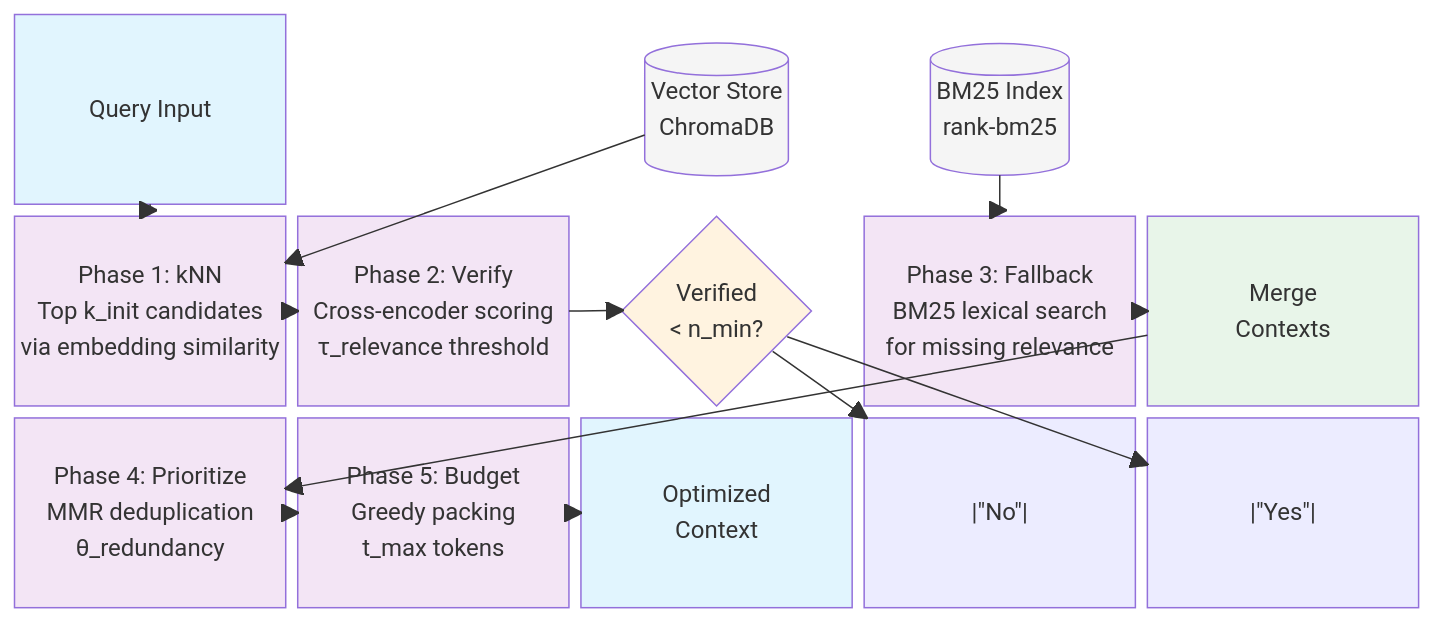
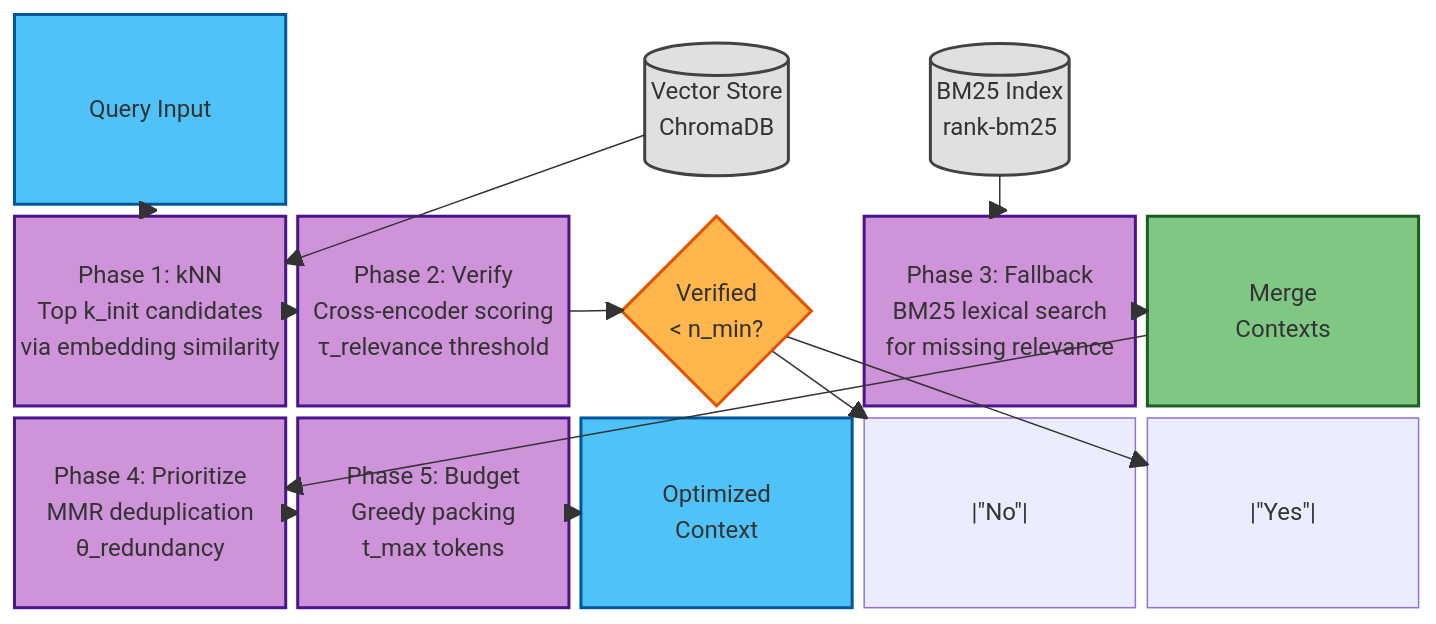
The diagram in README.md (nakulbh/Meve-framework), drawn with Mermaid before and after one commit. The commit also changed 1 other file, not shown here.

Commit message:
minor fix

````diff
--- a/README.md
+++ b/README.md
@@ -101,45 +101,45 @@
 ```mermaid
 block-beta
     columns 5
     
     Query["Query Input"]
     
     space
     VectorDB[("Vector Store<br/>ChromaDB")]
     BM25DB[("BM25 Index<br/>rank-bm25")]
     space
     
     Phase1["Phase 1: kNN<br/>Top k_init candidates<br/>via embedding similarity"]
     Phase2["Phase 2: Verify<br/>Cross-encoder scoring<br/>τ_relevance threshold"]
     Decision{"Verified<br/>< n_min?"}
     Phase3["Phase 3: Fallback<br/>BM25 lexical search<br/>for missing relevance"]
     Combine["Merge<br/>Contexts"]
     
     Phase4["Phase 4: Prioritize<br/>MMR deduplication<br/>θ_redundancy"]
     Phase5["Phase 5: Budget<br/>Greedy packing<br/>t_max tokens"]
     Output["Optimized<br/>Context"]
     
     Query --> Phase1
     VectorDB --> Phase1
     Phase1 --> Phase2
     Phase2 --> Decision
     Decision -->|"No"| Combine
     Decision -->|"Yes"| Phase3
     BM25DB --> Phase3
     Phase3 --> Combine
     Combine --> Phase4
     Phase4 --> Phase5
     Phase5 --> Output
     
-    style Query fill:#e1f5fe
-    style Phase1 fill:#f3e5f5
-    style Phase2 fill:#f3e5f5
-    style Decision fill:#fff3e0
-    style Phase3 fill:#f3e5f5
-    style Combine fill:#e8f5e9
-    style Phase4 fill:#f3e5f5
-    style Phase5 fill:#f3e5f5
-    style Output fill:#e1f5fe
-    style VectorDB fill:#f5f5f5
-    style BM25DB fill:#f5f5f5
+    style Query fill:#4fc3f7,stroke:#01579b,stroke-width:2px,color:#000
+    style Phase1 fill:#ce93d8,stroke:#4a148c,stroke-width:2px,color:#000
+    style Phase2 fill:#ce93d8,stroke:#4a148c,stroke-width:2px,color:#000
+    style Decision fill:#ffb74d,stroke:#e65100,stroke-width:2px,color:#000
+    style Phase3 fill:#ce93d8,stroke:#4a148c,stroke-width:2px,color:#000
+    style Combine fill:#81c784,stroke:#1b5e20,stroke-width:2px,color:#000
+    style Phase4 fill:#ce93d8,stroke:#4a148c,stroke-width:2px,color:#000
+    style Phase5 fill:#ce93d8,stroke:#4a148c,stroke-width:2px,color:#000
+    style Output fill:#4fc3f7,stroke:#01579b,stroke-width:2px,color:#000
+    style VectorDB fill:#e0e0e0,stroke:#424242,stroke-width:2px,color:#000
+    style BM25DB fill:#e0e0e0,stroke:#424242,stroke-width:2px,color:#000
 ```
````
